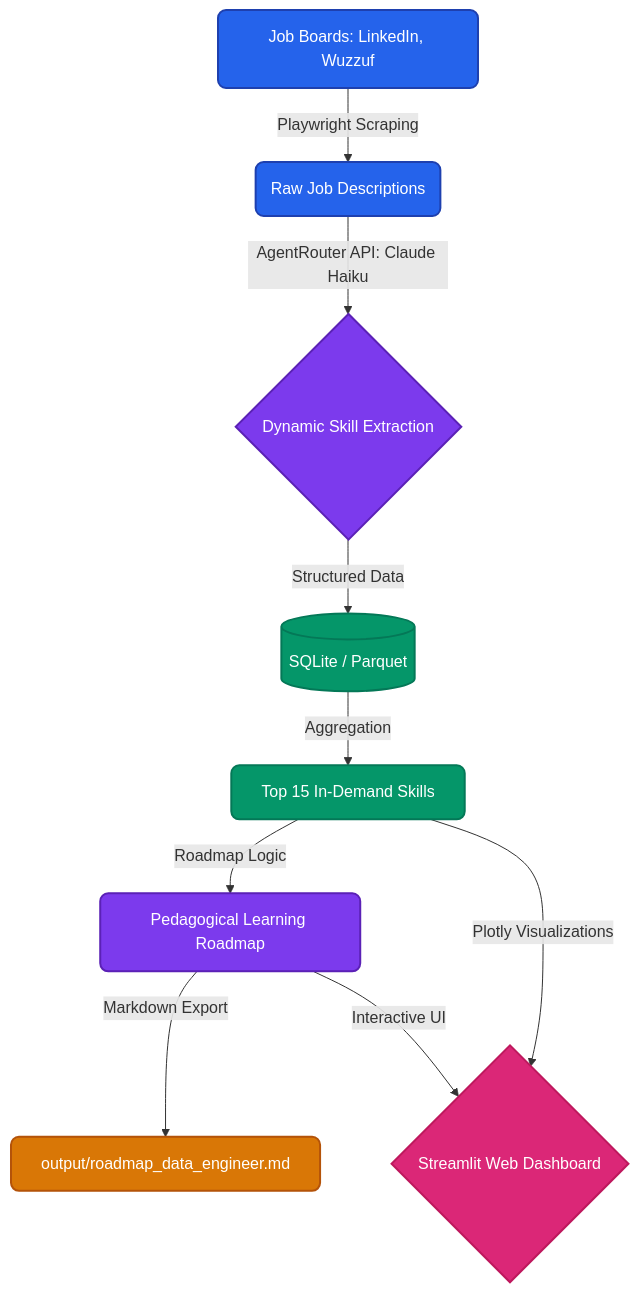
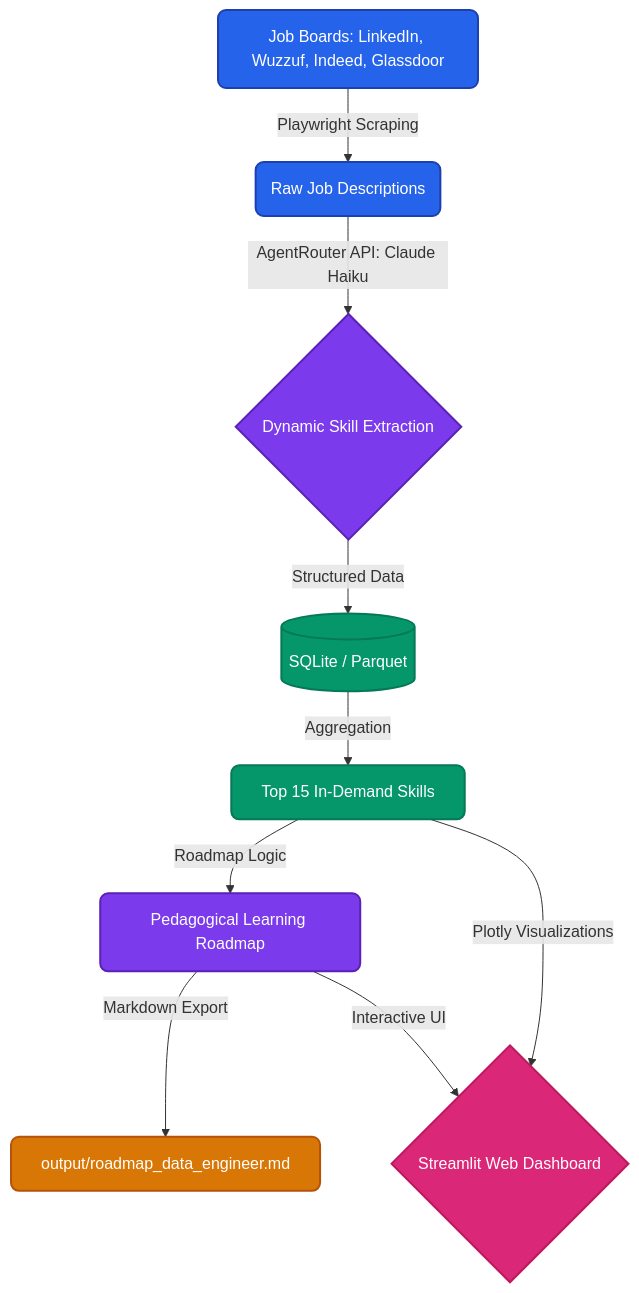
One commit to Sohila-Khaled-Abbas/data-career-roadmap-generator changed the diagram in README.md. Above: the diagram before and after it, drawn with Mermaid. The commit also changed other lines of this file and 7 other files, not shown here.

````diff
--- a/README.md
+++ b/README.md
@@ -15,18 +18,18 @@
 ```mermaid
 graph TD
     %% Modern Color Palette and Styles
     classDef scraper fill:#2563eb,stroke:#1e40af,stroke-width:2px,color:#fff,rx:8px,ry:8px
     classDef ai fill:#7c3aed,stroke:#5b21b6,stroke-width:2px,color:#fff,rx:8px,ry:8px
     classDef database fill:#059669,stroke:#047857,stroke-width:2px,color:#fff,rx:8px,ry:8px
     classDef ui fill:#db2777,stroke:#be185d,stroke-width:2px,color:#fff,rx:8px,ry:8px
     classDef file fill:#d97706,stroke:#b45309,stroke-width:2px,color:#fff,rx:8px,ry:8px
 
-    A["Job Boards: LinkedIn, Wuzzuf"]:::scraper -->|"Playwright Scraping"| B("Raw Job Descriptions"):::scraper
+    A["Job Boards: LinkedIn, Wuzzuf, Indeed, Glassdoor"]:::scraper -->|"Playwright Scraping"| B("Raw Job Descriptions"):::scraper
     B -->|"AgentRouter API: Claude Haiku"| C{"Dynamic Skill Extraction"}:::ai
     C -->|"Structured Data"| D[("SQLite / Parquet")]:::database
     D -->|"Aggregation"| E["Top 15 In-Demand Skills"]:::database
     E -->|"Roadmap Logic"| F["Pedagogical Learning Roadmap"]:::ai
     F -->|"Markdown Export"| G["output/roadmap_data_engineer.md"]:::file
     E -->|"Plotly Visualizations"| H{"Streamlit Web Dashboard"}:::ui
     F -->|"Interactive UI"| H
 ```
````
